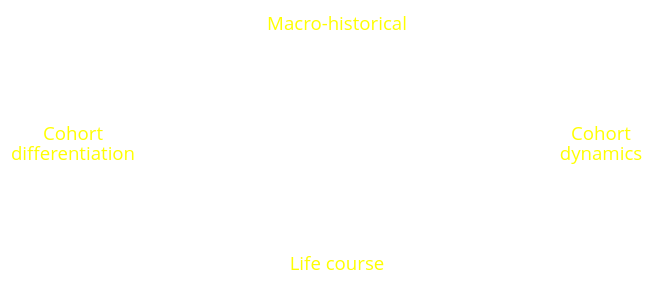
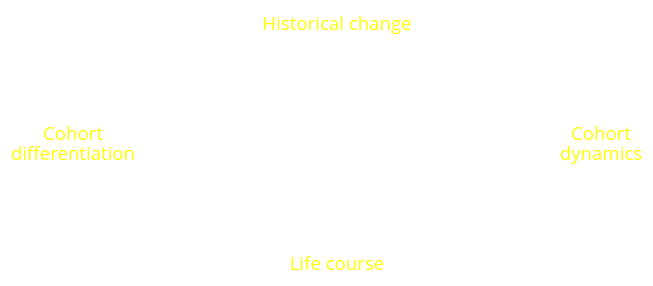
Before and after one commit to clanfear/ASA_2025: the second of 4 diagrams in slides.qmd, drawn with Graphviz. The commit also changed other lines of this file and 5 other files, not shown here.

````diff
--- a/slides.qmd
+++ b/slides.qmd
@@ -504,24 +506,24 @@
 ```{dot}
 //| fig-width: 8
 digraph G{
   graph [layout=neato, bgcolor="transparent"]
   node [shape = plaintext, fontname="Open Sans", fontcolor="white"]
   edge [color="white"]
   
   
-  bsc1 [pos = "0,  4.5!", label = "Social\nChange"]
+  bsc1 [pos = "0,  4.5!", label = "Social\ncontext"]
   bsi [pos = "1,  2.5!", label = "Age-graded\ncontexts"]
-  bsa [pos = "4,  2.5!", label = "Crime and\npunishment"]
-  bsc2 [pos = "5,  4.5!", label = "Future social\nchange / contexts"]
+  bsa [pos = "4,  2.5!", label = "Situated\nbehavior"]
+  bsc2 [pos = "5,  4.5!", label = "New social\ncontext"]
   
-  bsc1bsc2 [pos = "2.5,  4.75!", label = "Macro-historical", fontcolor = yellow]
+  bsc1bsc2 [pos = "2.5,  4.75!", label = "Historical change", fontcolor = yellow]
   bsabsc2 [pos = "-0.25,  3.5!", label = "Cohort\ndifferentiation", fontcolor = yellow]
   bsibsa [pos = "2.5,  2.25!", label = "Life course", fontcolor = yellow]
   bsc1bsi [pos = "5.25,  3.5!", label = "Cohort\ndynamics", fontcolor = yellow]
   
   bsc1 -> bsi
   bsc1 -> bsc2
   bsi -> bsa
   bsa -> bsc2
 }
 ```
````
